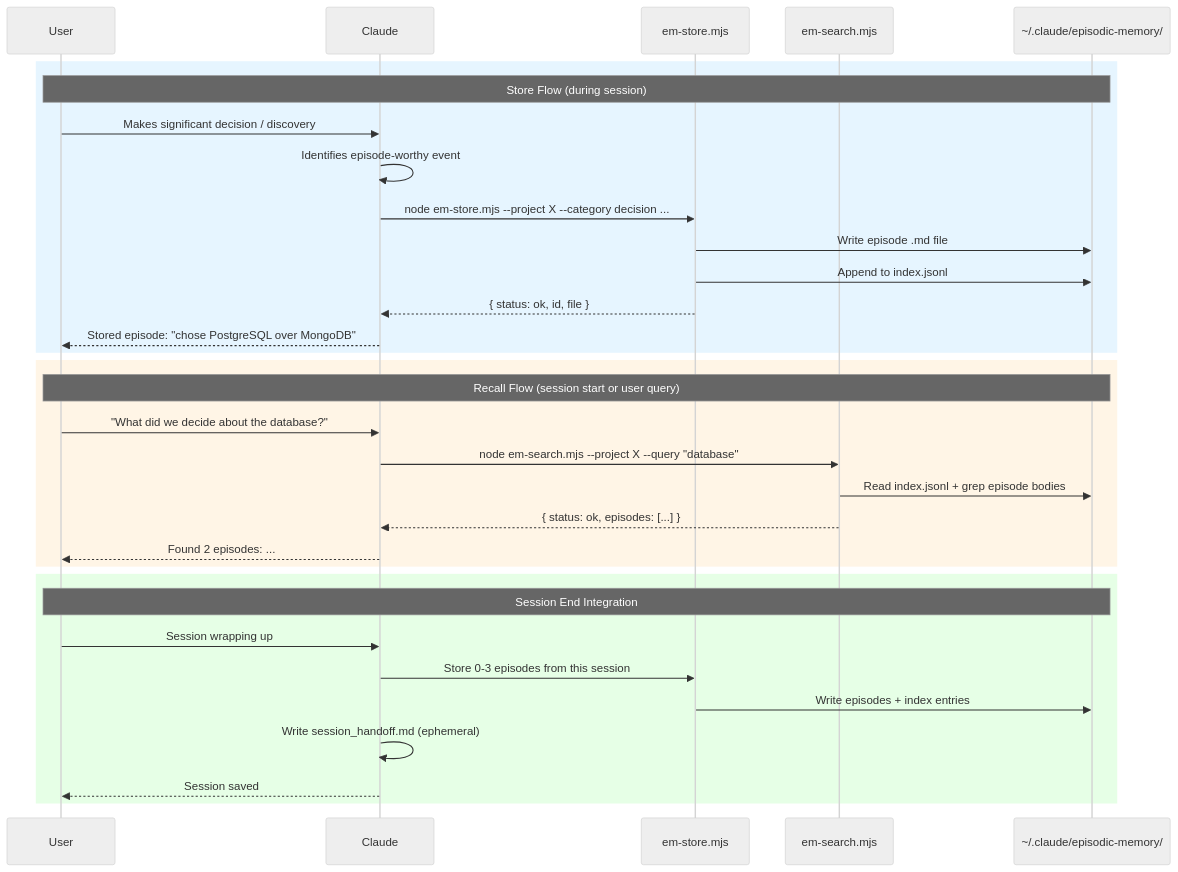
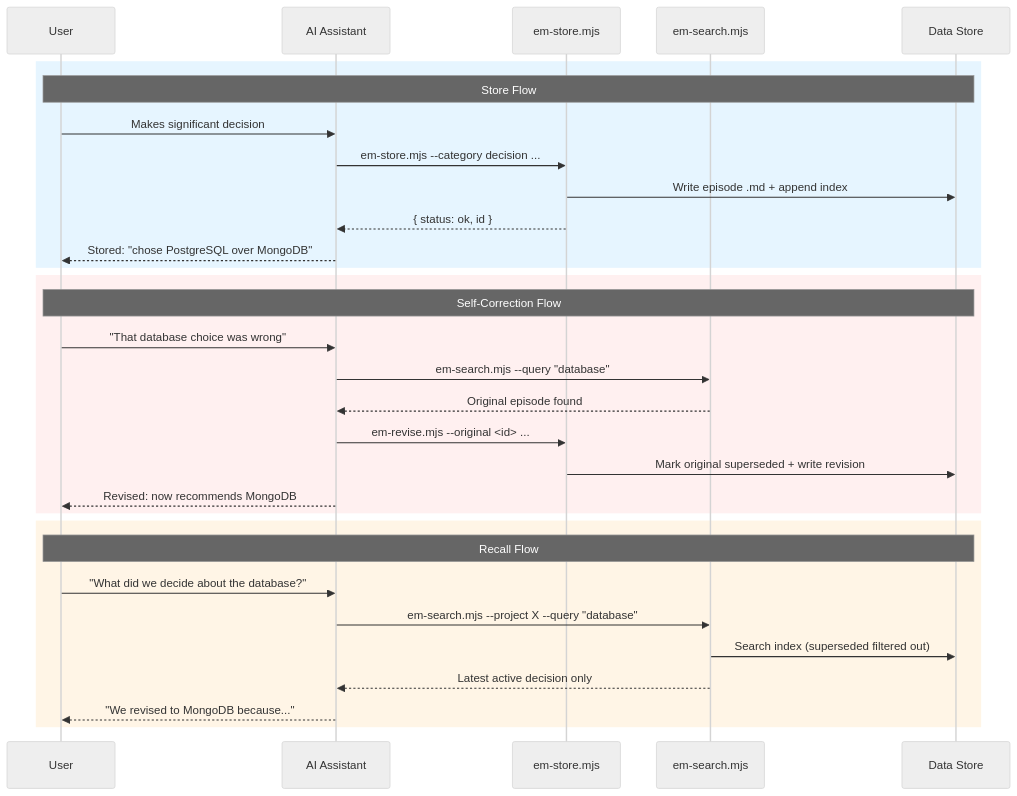
Before and after one commit to lantisprime/episodic-memory: the diagram in README.md, drawn with Mermaid (neutral theme). The commit also changed other lines of this file and 17 other files, not shown here.

First line of the commit message:
feat: cross-tool support, self-correcting revision chains, per-project + global scope

````diff
--- a/README.md
+++ b/README.md
@@ -11,37 +15,36 @@
 ```mermaid
 sequenceDiagram
     participant U as User
-    participant C as Claude
+    participant AI as AI Assistant
     participant S as em-store.mjs
     participant R as em-search.mjs
-    participant FS as ~/.claude/episodic-memory/
+    participant FS as Data Store
 
     rect rgb(230, 245, 255)
-    Note over U,FS: Store Flow (during session)
-    U->>C: Makes significant decision / discovery
-    C->>C: Identifies episode-worthy event
-    C->>S: node em-store.mjs --project X --category decision ...
-    S->>FS: Write episode .md file
-    S->>FS: Append to index.jsonl
-    S-->>C: { status: ok, id, file }
-    C-->>U: Stored episode: "chose PostgreSQL over MongoDB"
+    Note over U,FS: Store Flow
+    U->>AI: Makes significant decision
+    AI->>S: em-store.mjs --category decision ...
+    S->>FS: Write episode .md + append index
+    S-->>AI: { status: ok, id }
+    AI-->>U: Stored: "chose PostgreSQL over MongoDB"
+    end
+
+    rect rgb(255, 240, 240)
+    Note over U,FS: Self-Correction Flow
+    U->>AI: "That database choice was wrong"
+    AI->>R: em-search.mjs --query "database"
+    R-->>AI: Original episode found
+    AI->>S: em-revise.mjs --original <id> ...
+    S->>FS: Mark original superseded + write revision
+    AI-->>U: Revised: now recommends MongoDB
     end
 
     rect rgb(255, 245, 230)
-    Note over U,FS: Recall Flow (session start or user query)
-    U->>C: "What did we decide about the database?"
-    C->>R: node em-search.mjs --project X --query "database"
-    R->>FS: Read index.jsonl + grep episode bodies
-    R-->>C: { status: ok, episodes: [...] }
-    C-->>U: Found 2 episodes: ...
-    end
-
-    rect rgb(230, 255, 230)
-    Note over U,FS: Session End Integration
-    U->>C: Session wrapping up
-    C->>S: Store 0-3 episodes from this session
-    S->>FS: Write episodes + index entries
-    C->>C: Write session_handoff.md (ephemeral)
-    C-->>U: Session saved
+    Note over U,FS: Recall Flow
+    U->>AI: "What did we decide about the database?"
+    AI->>R: em-search.mjs --project X --query "database"
+    R->>FS: Search index (superseded filtered out)
+    R-->>AI: Latest active decision only
+    AI-->>U: "We revised to MongoDB because..."
     end
 ```
````
